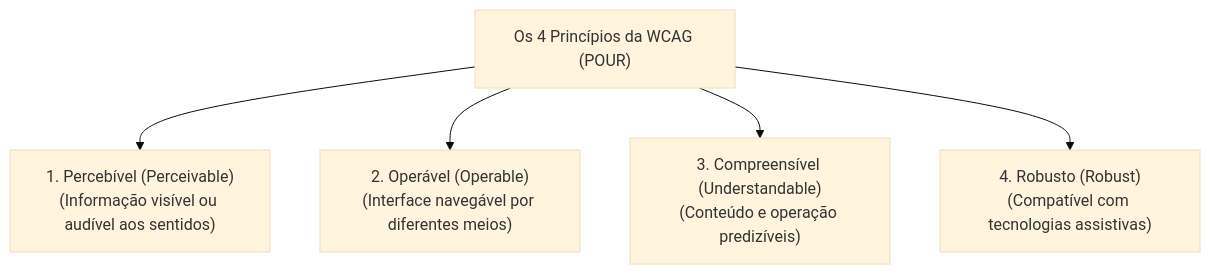
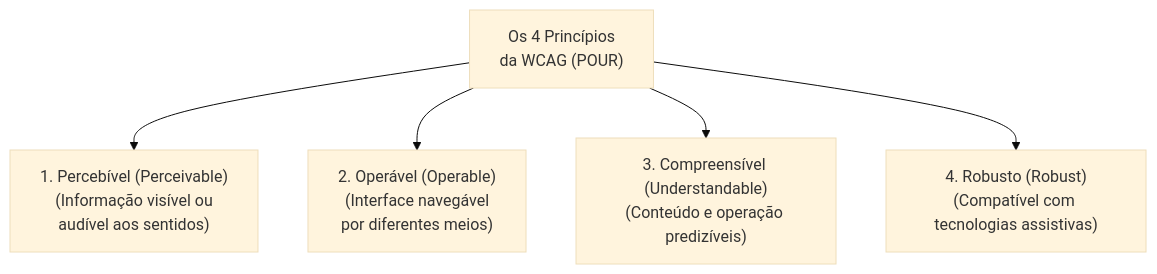
The second of 3 diagrams in 08. Design de Interacao/22. Avaliação da acessibilidade - diretrizes da wcag e conformidade em sistemas interativos.md (leorruas/puc), drawn with Mermaid (base theme) before and after one commit. The commit also changed other lines of this file and 16 other files, not shown here.

Commit message:
style(mermaid): comprehensive audit and optimization of 45 Mermaid blocks across all 22 topic notes

````diff
--- a/08. Design de Interacao/22. Avaliação da acessibilidade - diretrizes da wcag e conformidade em sistemas interativos.md
+++ b/08. Design de Interacao/22. Avaliação da acessibilidade - diretrizes da wcag e conformidade em sistemas interativos.md
@@ -57,7 +57,7 @@
 ```mermaid
 graph TD
-    WCAG["Os 4 Princípios da WCAG (POUR)"] --> P1["1. Percebível (Perceivable)<br>(Informação visível ou audível aos sentidos)"]
-    WCAG --> P2["2. Operável (Operable)<br>(Interface navegável por diferentes meios)"]
+    WCAG["Os 4 Princípios<br>da WCAG (POUR)"] --> P1["1. Percebível (Perceivable)<br>(Informação visível ou<br>audível aos sentidos)"]
+    WCAG --> P2["2. Operável (Operable)<br>(Interface navegável<br>por diferentes meios)"]
     WCAG --> P3["3. Compreensível (Understandable)<br>(Conteúdo e operação predizíveis)"]
     WCAG --> P4["4. Robusto (Robust)<br>(Compatível com tecnologias assistivas)"]
 ```
````
